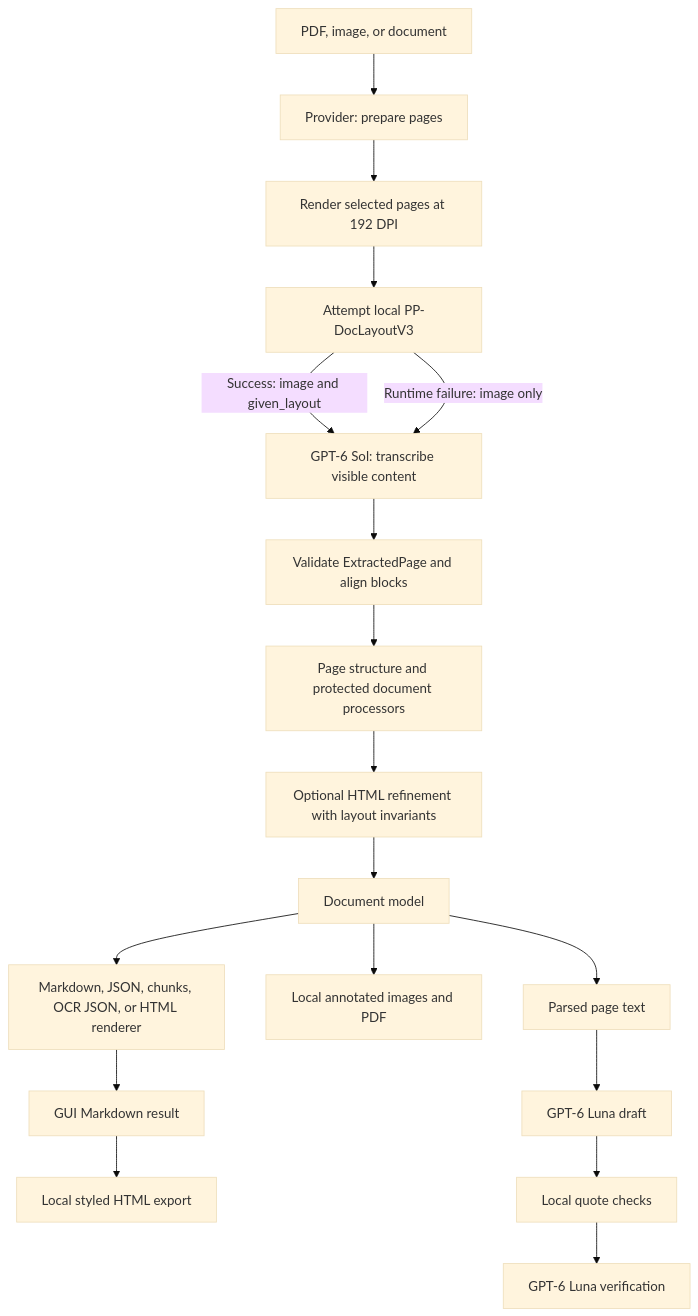
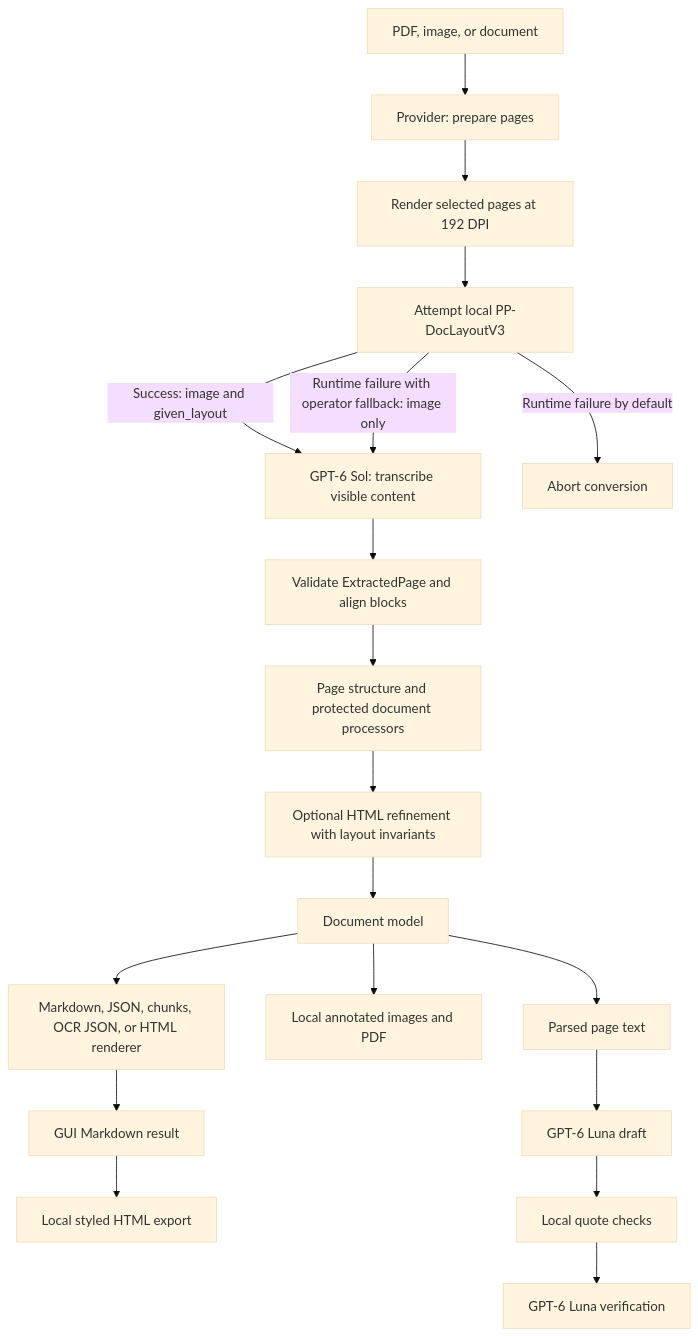
One commit to pypi-ahmad/DocLayout changed the diagram in docs/architecture.md. Above: the diagram before and after it, drawn with Mermaid (base theme). The commit also changed other lines of this file and 23 other files, not shown here.

Commit message:
docs: sync V3 runtime guidance and diagrams

````diff
--- a/docs/architecture.md
+++ b/docs/architecture.md
@@ -7,20 +7,21 @@
 ```mermaid
 flowchart TD
     A[PDF, image, or document] --> B[Provider: prepare pages]
     B --> C[Render selected pages at 192 DPI]
     C --> V[Attempt local PP-DocLayoutV3]
     V -->|Success: image and given_layout| D[GPT-6 Sol: transcribe visible content]
-    V -->|Runtime failure: image only| D
+    V -->|Runtime failure with operator fallback: image only| D
+    V -->|Runtime failure by default| X[Abort conversion]
     D --> E[Validate ExtractedPage and align blocks]
     E --> F[Page structure and protected document processors]
     F --> G[Optional HTML refinement with layout invariants]
     G --> H[Document model]
     H --> I[Markdown, JSON, chunks, OCR JSON, or HTML renderer]
     I --> J[GUI Markdown result]
     J --> K[Local styled HTML export]
     H --> L[Local annotated images and PDF]
     H --> M[Parsed page text]
     M --> N[GPT-6 Luna draft]
     N --> O[Local quote checks]
     O --> P[GPT-6 Luna verification]
 ```
````
